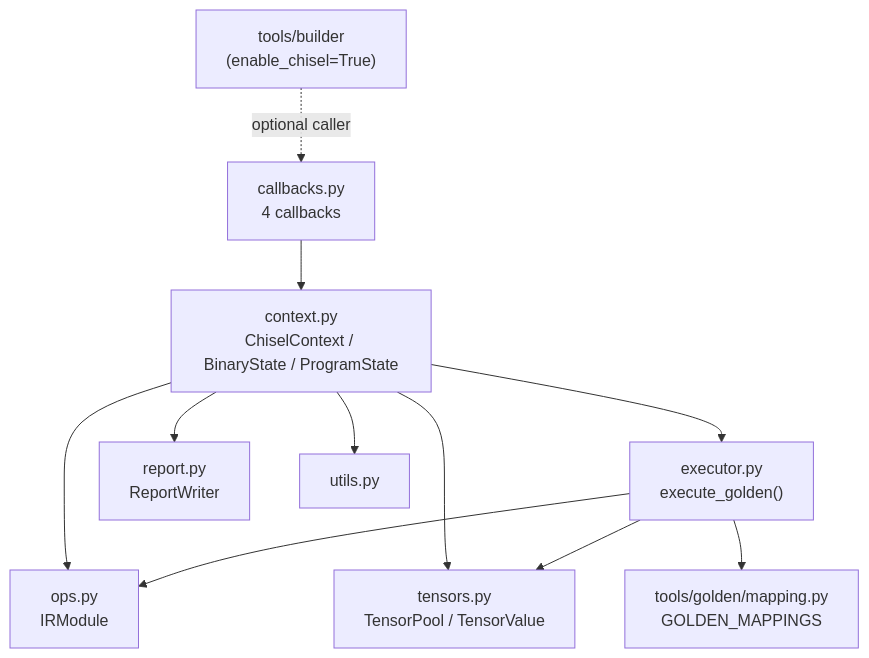
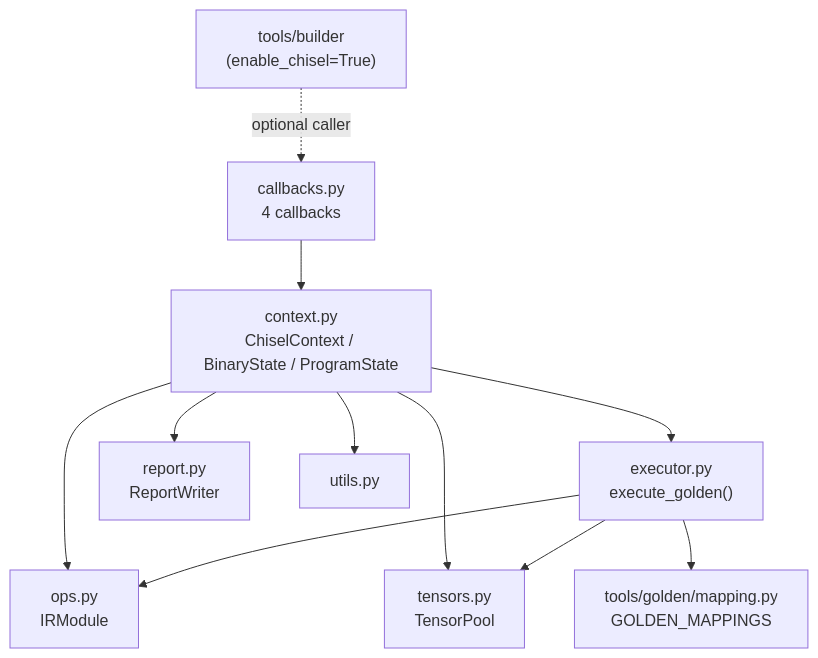
The third of 4 diagrams in tools/chisel/docs/architecture.md (tenstorrent/tt-mlir), drawn with Mermaid before and after one commit. The commit also changed other lines of this file and 4 other files, not shown here.

````diff
--- a/tools/chisel/docs/architecture.md
+++ b/tools/chisel/docs/architecture.md
@@ -165,13 +165,13 @@
 ```mermaid
 flowchart TD;
     BLD["tools/builder<br/>(enable_chisel=True)"] -.->|optional caller| CB
     CB["callbacks.py<br/>4 callbacks"] --> CTX["context.py<br/>ChiselContext / BinaryState / ProgramState"]
     CTX --> IR["ops.py<br/>IRModule"]
-    CTX --> TP["tensors.py<br/>TensorPool / TensorValue"]
+    CTX --> TP["tensors.py<br/>TensorPool"]
     CTX --> EX["executor.py<br/>execute_golden()"]
     CTX --> RPT["report.py<br/>ReportWriter"]
     EX --> GM["tools/golden/mapping.py<br/>GOLDEN_MAPPINGS"]
     EX --> TP
     EX --> IR
     CTX --> UT["utils.py"]
 ```
````
